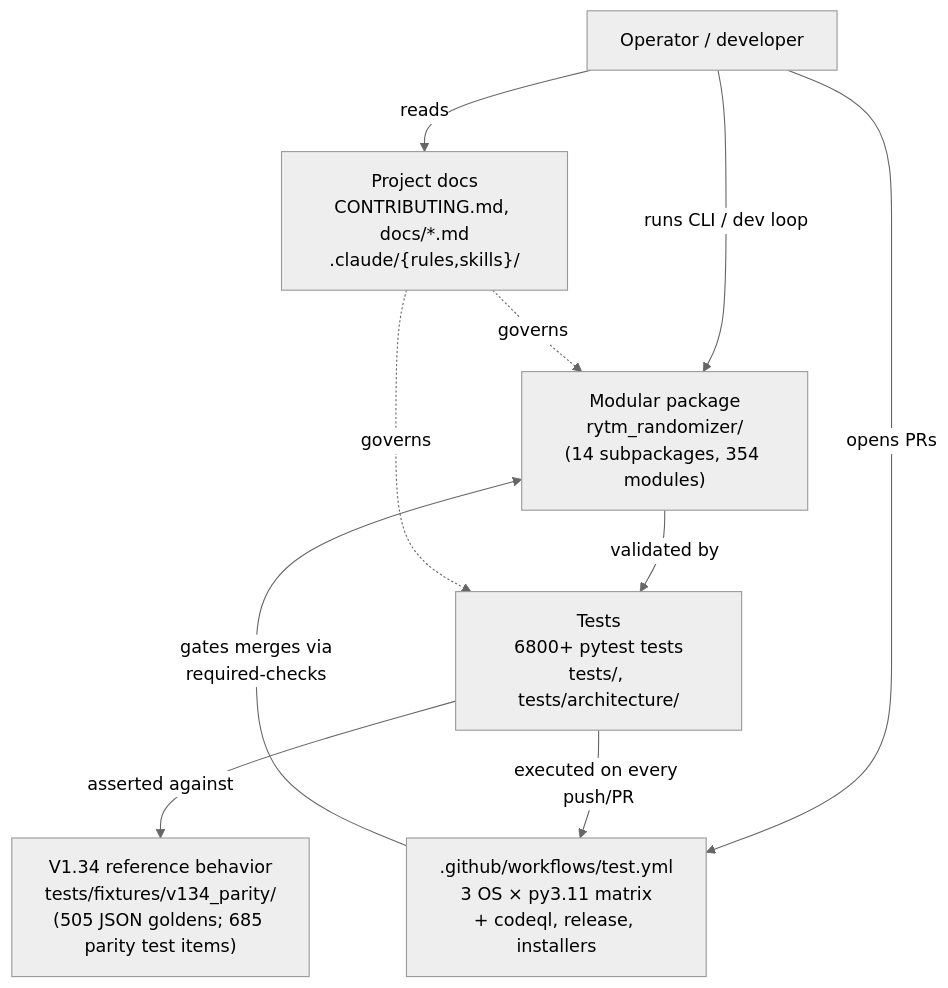
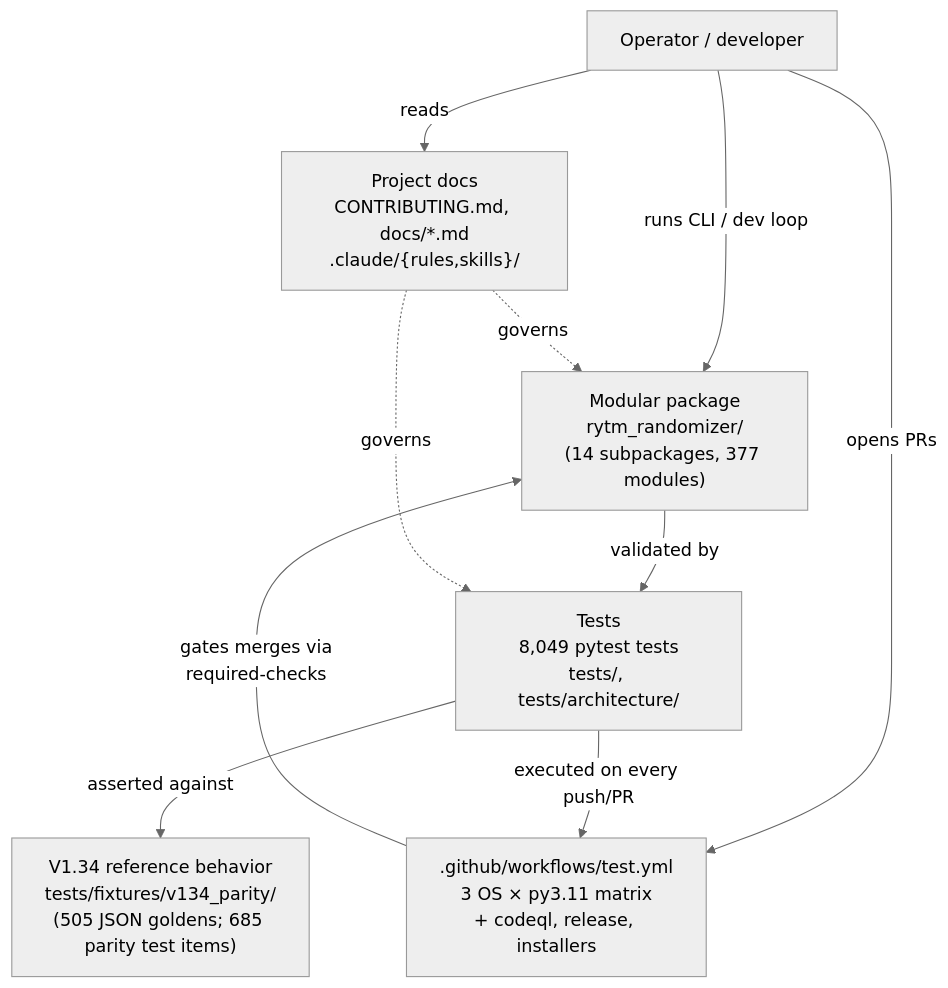
Before and after one commit to buzzijose-hub/RytmRandomizer: the first of 34 diagrams in docs/ARCHITECTURE_DIAGRAMS.md, drawn with Mermaid (neutral theme). The commit also changed other lines of this file and 80 other files, not shown here.

````diff
--- a/docs/ARCHITECTURE_DIAGRAMS.md
+++ b/docs/ARCHITECTURE_DIAGRAMS.md
@@ -52,22 +52,22 @@
 ```mermaid
 flowchart TB
     User["Operator / developer"]
     V134["V1.34 reference behavior<br/>tests/fixtures/v134_parity/<br/>(505 JSON goldens; 685 parity test items)"]
-    Package["Modular package<br/>rytm_randomizer/<br/>(14 subpackages, 354 modules)"]
-    Tests["Tests<br/>6800+ pytest tests<br/>tests/, tests/architecture/"]
+    Package["Modular package<br/>rytm_randomizer/<br/>(14 subpackages, 377 modules)"]
+    Tests["Tests<br/>8,049 pytest tests<br/>tests/, tests/architecture/"]
     CI[".github/workflows/test.yml<br/>3 OS × py3.11 matrix<br/>+ codeql, release, installers"]
     Docs["Project docs<br/>CONTRIBUTING.md, docs/*.md<br/>.claude/{rules,skills}/"]
 
     User -->|"runs CLI / dev loop"| Package
     User -->|"opens PRs"| CI
     User -->|"reads"| Docs
 
     Package -->|"validated by"| Tests
     Tests -->|"asserted against"| V134
     Tests -->|"executed on every push/PR"| CI
 
     CI -->|"gates merges via<br/>required-checks"| Package
 
     Docs -.->|"governs"| Package
     Docs -.->|"governs"| Tests
 ```
````
